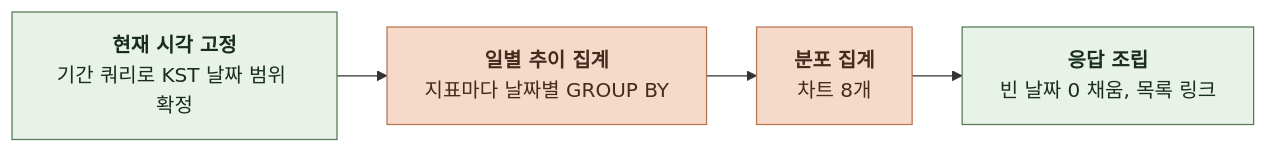
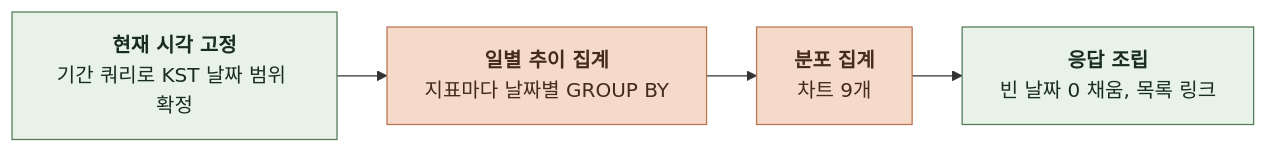
The sixth of 19 diagrams in docs/domain/ADMIN/BACKEND/4-1-PIPELINES.md (KIM-N-KANG/knk-harness), drawn with Mermaid before and after one commit. The commit also changed other lines of this file and 29 other files, not shown here.

````diff
--- a/docs/domain/ADMIN/BACKEND/4-1-PIPELINES.md
+++ b/docs/domain/ADMIN/BACKEND/4-1-PIPELINES.md
@@ -160,15 +160,15 @@
 ```mermaid
 %%{init: {"flowchart": {"curve": "basis", "nodeSpacing": 24, "rankSpacing": 40}}}%%
 flowchart LR
     A["`**현재 시각 고정**
 기간 쿼리로 KST 날짜 범위 확정`"] --> B["`**일별 추이 집계**
 지표마다 날짜별 GROUP BY`"]
     B --> C["`**분포 집계**
-차트 8개`"]
+차트 9개`"]
     C --> D["`**응답 조립**
 빈 날짜 0 채움, 목록 링크`"]
     classDef comp fill:#E8F2E8,stroke:#527A59,color:#182D1D
     classDef task fill:#F5D9C9,stroke:#B97450,color:#452B1D
     class A,D comp
     class B,C task
 ```
````
